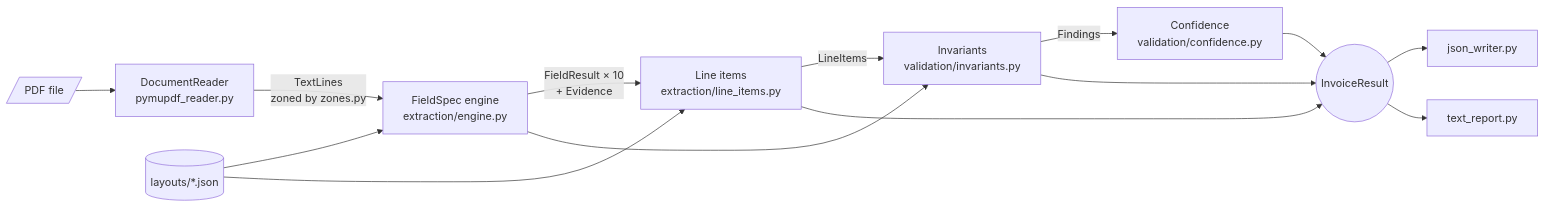
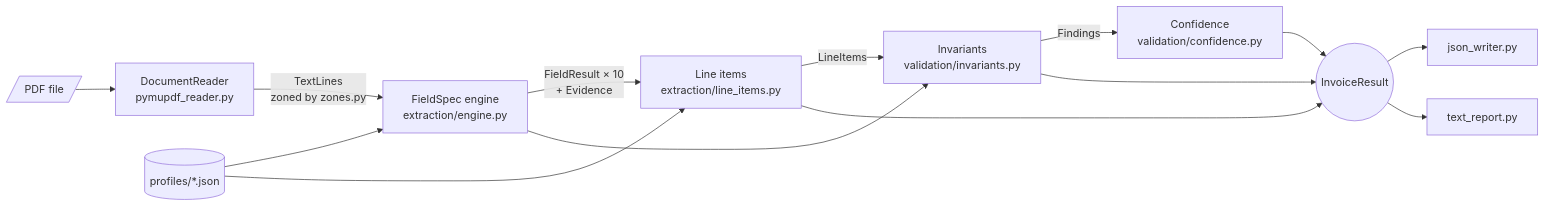
One commit to lorenzo265/Invoice_Extract changed the diagram in README.md. Above: the diagram before and after it, drawn with Mermaid. The commit also changed other lines of this file and 298 other files, not shown here.

````diff
--- a/README.md
+++ b/README.md
@@ -78,16 +85,16 @@
 ```mermaid
 flowchart LR
     PDF[/PDF file/] --> Reader["DocumentReader<br/>pymupdf_reader.py"]
     Reader -->|"TextLines<br/>zoned by zones.py"| Engine["FieldSpec engine<br/>extraction/engine.py"]
-    Layout[("layouts/*.json")] --> Engine
+    Profile[("profiles/*.json")] --> Engine
     Engine -->|"FieldResult × 10<br/>+ Evidence"| Items["Line items<br/>extraction/line_items.py"]
-    Layout --> Items
+    Profile --> Items
     Items -->|"LineItems"| Inv["Invariants<br/>validation/invariants.py"]
     Engine --> Inv
     Inv -->|"Findings"| Conf["Confidence<br/>validation/confidence.py"]
     Conf --> Result(("InvoiceResult"))
     Items --> Result
     Inv --> Result
     Result --> JSONOut["json_writer.py"]
     Result --> ReportOut["text_report.py"]
 ```
````
